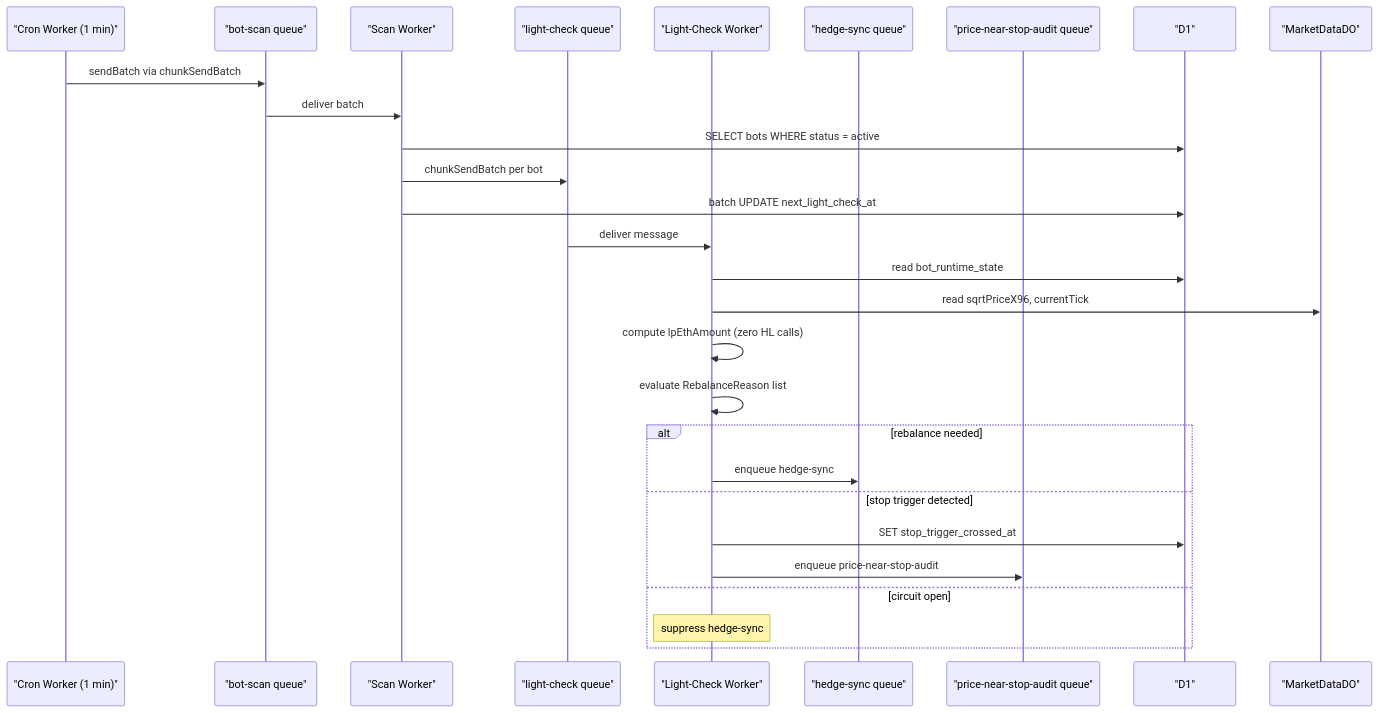
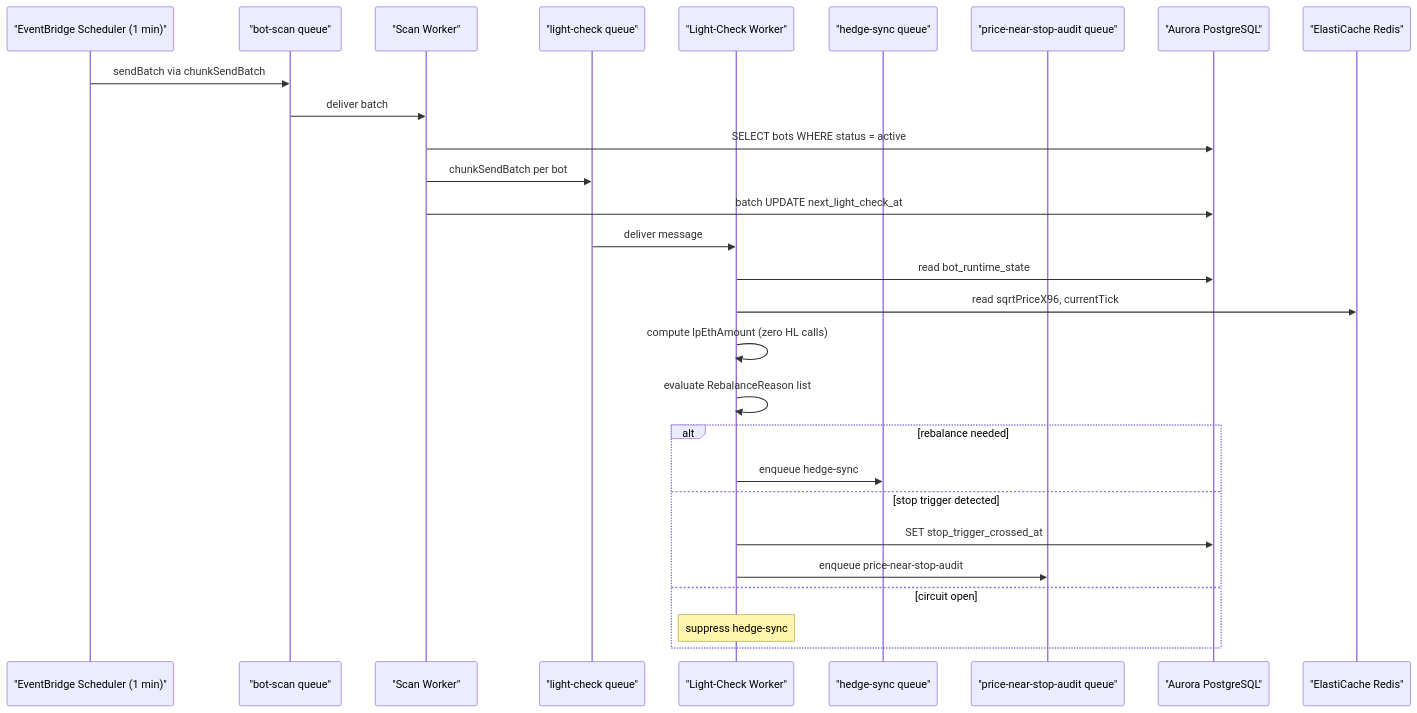
One commit to TrinhBuiSotatek/Bonanzapool changed the first of 5 diagrams in docs/BA/plans/bnza-sotatek-260519-0000/03_modules/exbot/srs/flows.md. Above: the diagram before and after it, drawn with Mermaid. The commit also changed other lines of this file and 21 other files, not shown here.

````diff
--- a/docs/BA/plans/bnza-sotatek-260519-0000/03_modules/exbot/srs/flows.md
+++ b/docs/BA/plans/bnza-sotatek-260519-0000/03_modules/exbot/srs/flows.md
@@ -18,33 +19,33 @@
 ```mermaid
 sequenceDiagram
-    participant Cron as "Cron Worker (1 min)"
+    participant Cron as "EventBridge Scheduler (1 min)"
     participant ScanQ as "bot-scan queue"
     participant ScanW as "Scan Worker"
     participant LCQ as "light-check queue"
     participant LCW as "Light-Check Worker"
     participant HSQ as "hedge-sync queue"
     participant PSAQ as "price-near-stop-audit queue"
-    participant D1 as "D1"
-    participant MDO as "MarketDataDO"
+    participant D1 as "Aurora PostgreSQL"
+    participant MDO as "ElastiCache Redis"
 
     Cron->>ScanQ: sendBatch via chunkSendBatch
     ScanQ->>ScanW: deliver batch
     ScanW->>D1: SELECT bots WHERE status = active
     ScanW->>LCQ: chunkSendBatch per bot
     ScanW->>D1: batch UPDATE next_light_check_at
 
     LCQ->>LCW: deliver message
     LCW->>D1: read bot_runtime_state
     LCW->>MDO: read sqrtPriceX96, currentTick
     LCW->>LCW: compute lpEthAmount (zero HL calls)
     LCW->>LCW: evaluate RebalanceReason list
 
     alt rebalance needed
         LCW->>HSQ: enqueue hedge-sync
     else stop trigger detected
         LCW->>D1: SET stop_trigger_crossed_at
         LCW->>PSAQ: enqueue price-near-stop-audit
     else circuit open
         Note over LCW: suppress hedge-sync
     end
 ```
````
